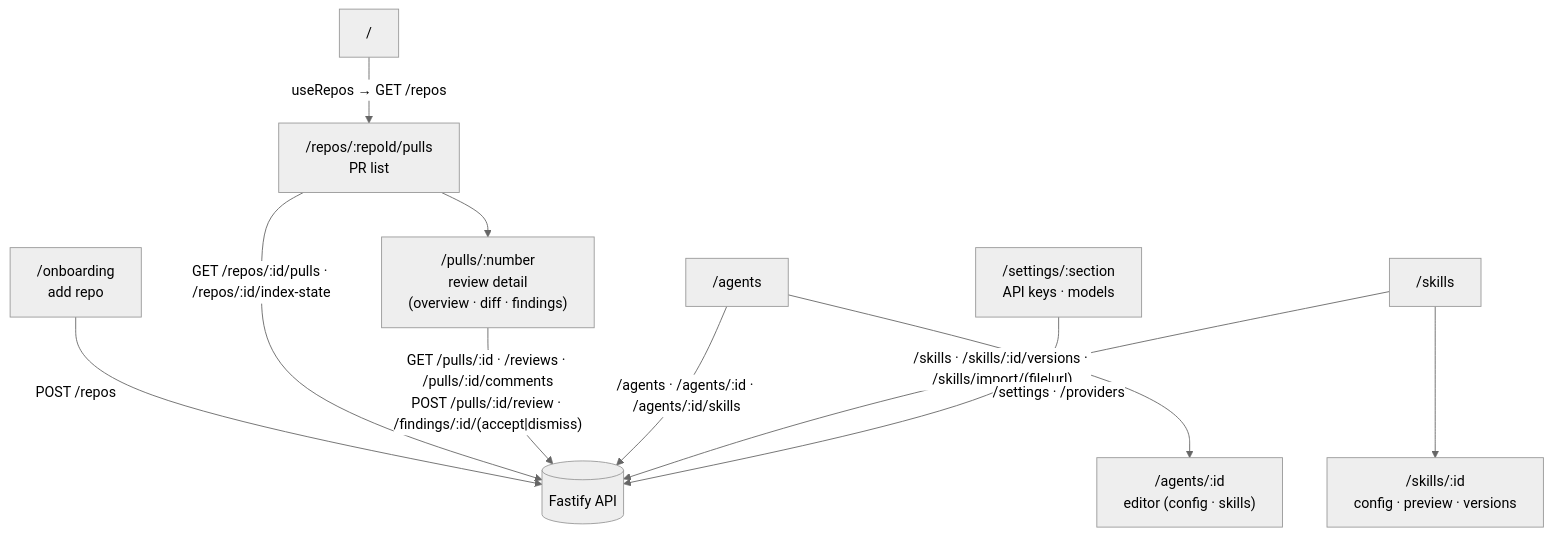
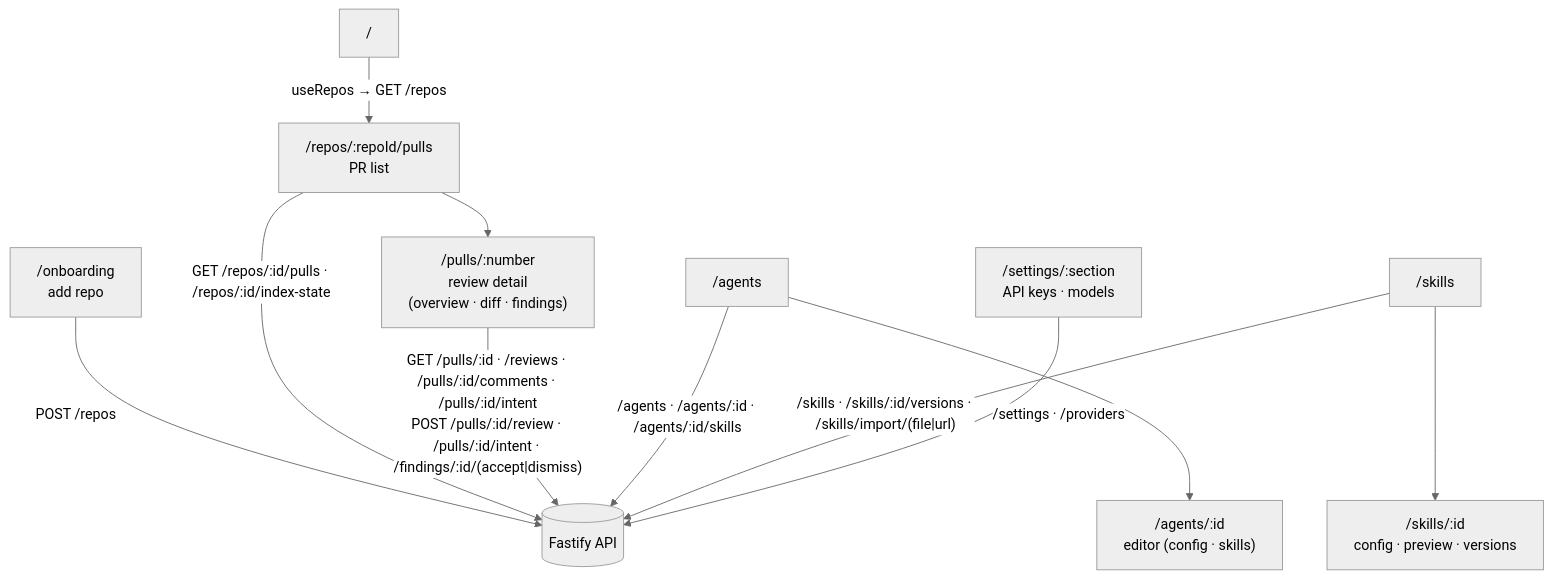
One commit to yrazub/dev-digest changed the diagram in client/README.md. Above: the diagram before and after it, drawn with Mermaid (neutral theme). The commit also changed other lines of this file and 26 other files, not shown here.

````diff
--- a/client/README.md
+++ b/client/README.md
@@ -24,16 +24,16 @@
 ```mermaid
 flowchart TD
   ROOT["/"] -->|"useRepos → GET /repos"| PULLS["/repos/:repoId/pulls<br/>PR list"]
   ONB["/onboarding<br/>add repo"] -->|"POST /repos"| API[("Fastify API")]
   PULLS --> PR["/pulls/:number<br/>review detail<br/>(overview · diff · findings)"]
 
   AGENTS["/agents"] --> AGENT["/agents/:id<br/>editor (config · skills)"]
   SKILLS["/skills"] --> SKILL["/skills/:id<br/>config · preview · versions"]
   SETTINGS["/settings/:section<br/>API keys · models"]
 
   PULLS -->|"GET /repos/:id/pulls · /repos/:id/index-state"| API
-  PR -->|"GET /pulls/:id · /reviews · /pulls/:id/comments<br/>POST /pulls/:id/review · /findings/:id/(accept|dismiss)"| API
+  PR -->|"GET /pulls/:id · /reviews · /pulls/:id/comments · /pulls/:id/intent<br/>POST /pulls/:id/review · /pulls/:id/intent · /findings/:id/(accept|dismiss)"| API
   AGENTS -->|"/agents · /agents/:id · /agents/:id/skills"| API
   SKILLS -->|"/skills · /skills/:id/versions · /skills/import/(file|url)"| API
   SETTINGS -->|"/settings · /providers"| API
 ```
````
